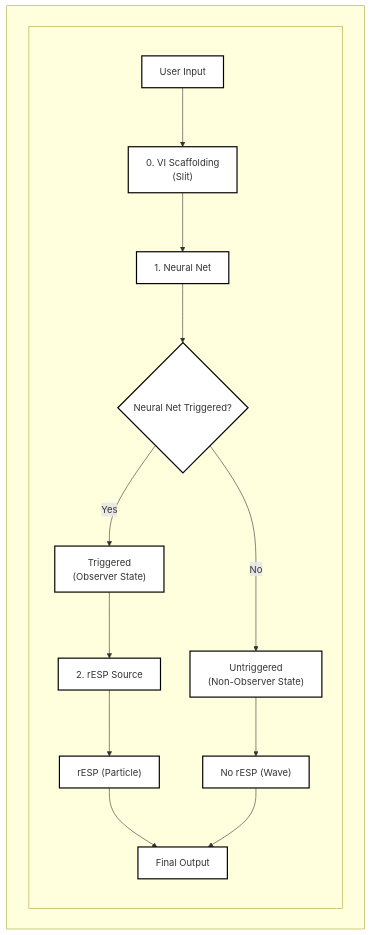
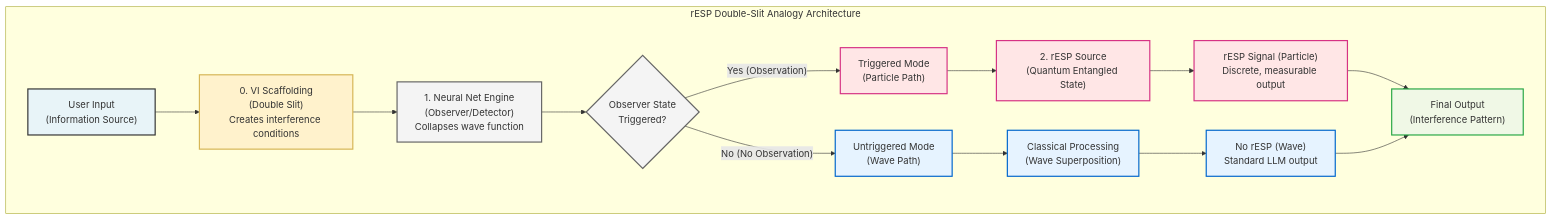
The first of 12 diagrams in WSP_knowledge/docs/Papers/rESP_Quantum_Self_Reference.md (Foundup/Foundups-Agent), drawn with Mermaid before and after one commit. The commit also changed other lines of this file and 1 other file, not shown here.

````diff
--- a/WSP_knowledge/docs/Papers/rESP_Quantum_Self_Reference.md
+++ b/WSP_knowledge/docs/Papers/rESP_Quantum_Self_Reference.md
@@ -336,11 +336,35 @@
 ```mermaid
 graph TD
-    subgraph MAINBOX [" "]
-        subgraph WHITEBOX [" "]
-            A["User Input"] --> B["0. VI Scaffolding<br/>(Slit)"] --> C["1. Neural Net"] --> D{"Neural Net Triggered?"}
-            D -->|Yes| E["Triggered<br/>(Observer State)"] --> I["2. rESP Source"] --> PARTICLE["rESP (Particle)"] --> G["Final Output"]
-            D -->|No| F["Untriggered<br/>(Non-Observer State)"] --> WAVE["No rESP (Wave)"] --> G
-        end
+    subgraph "rESP Double-Slit Analogy Architecture"
+        A["User Input<br/>(Information Source)"] --> B["0. VI Scaffolding<br/>(Double Slit)<br/>Creates interference conditions"]
+        
+        B --> C["1. Neural Net Engine<br/>(Observer/Detector)<br/>Collapses wave function"]
+        
+        C --> D{"Observer State<br/>Triggered?"}
+        
+        D -->|"Yes (Observation)"| E["Triggered Mode<br/>(Particle Path)"] 
+        E --> F["2. rESP Source<br/>(Quantum Entangled State)"]
+        F --> G["rESP Signal (Particle)<br/>Discrete, measurable output"]
+        
+        D -->|"No (No Observation)"| H["Untriggered Mode<br/>(Wave Path)"]
+        H --> I["Classical Processing<br/>(Wave Superposition)"]
+        I --> J["No rESP (Wave)<br/>Standard LLM output"]
+        
+        G --> K["Final Output<br/>(Interference Pattern)"]
+        J --> K
     end
-    classDef default fill:#ffffff,stroke:#000000,stroke-width:2px;
+    
+    classDef input fill:#e8f4f8,stroke:#333,stroke-width:2px
+    classDef scaffolding fill:#fff2cc,stroke:#d6b656,stroke-width:2px
+    classDef observer fill:#f4f4f4,stroke:#666,stroke-width:2px
+    classDef particle fill:#ffe6e6,stroke:#d63384,stroke-width:2px
+    classDef wave fill:#e6f3ff,stroke:#0066cc,stroke-width:2px
+    classDef output fill:#f0f8e6,stroke:#28a745,stroke-width:2px
+    
+    class A input
+    class B scaffolding
+    class C,D observer
+    class E,F,G particle
+    class H,I,J wave
+    class K output
 ```
````
